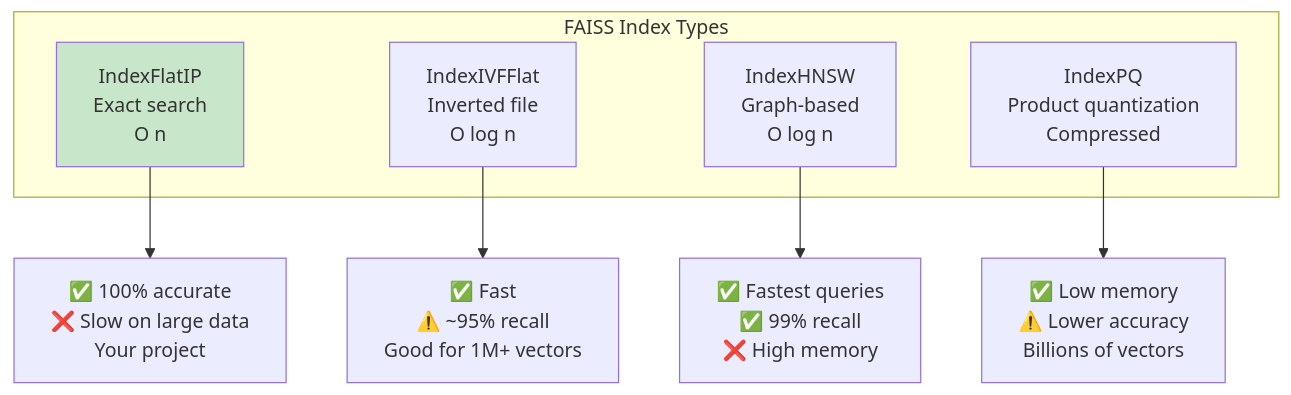
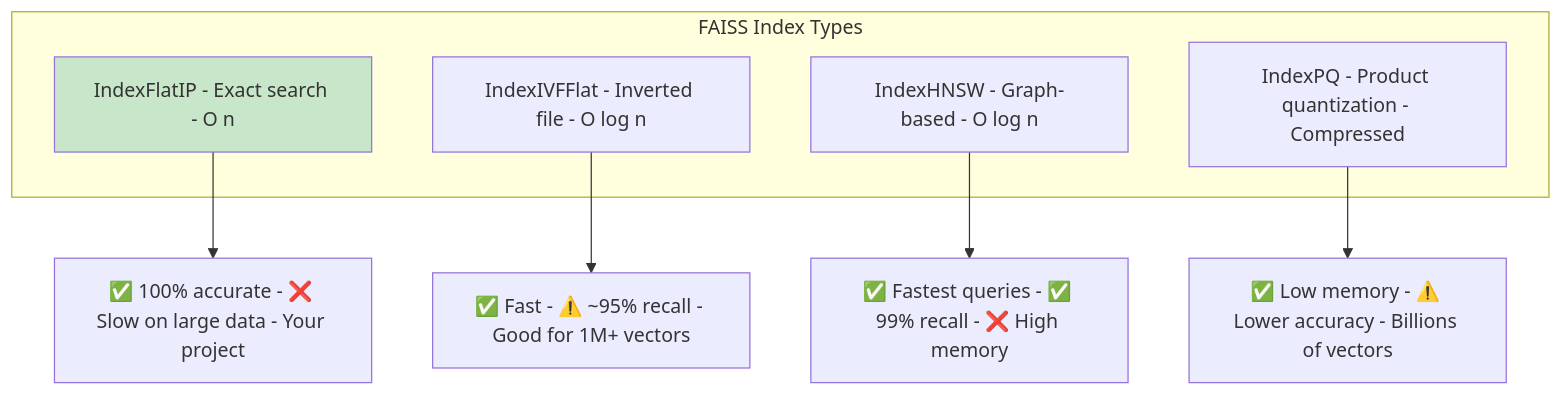
Before and after one commit to indhra/llm_rag_sec_findings: the third of 10 diagrams in docs/learning/04-vector-databases.md, drawn with Mermaid. The commit also changed other lines of this file and 9 other files, not shown here.

````diff
--- a/docs/learning/04-vector-databases.md
+++ b/docs/learning/04-vector-databases.md
@@ -83,16 +83,16 @@
 ```mermaid
 graph TD
     subgraph "FAISS Index Types"
-        FLAT[IndexFlatIP<br/>Exact search<br/>O n]
-        IVF[IndexIVFFlat<br/>Inverted file<br/>O log n]
-        HNSW[IndexHNSW<br/>Graph-based<br/>O log n]
-        PQ[IndexPQ<br/>Product quantization<br/>Compressed]
+        FLAT[IndexFlatIP - Exact search - O n]
+        IVF[IndexIVFFlat - Inverted file - O log n]
+        HNSW[IndexHNSW - Graph-based - O log n]
+        PQ[IndexPQ - Product quantization - Compressed]
     end
     
-    FLAT --> U1[✅ 100% accurate<br/>❌ Slow on large data<br/>Your project]
-    IVF --> U2[✅ Fast<br/>⚠️ ~95% recall<br/>Good for 1M+ vectors]
-    HNSW --> U3[✅ Fastest queries<br/>✅ 99% recall<br/>❌ High memory]
-    PQ --> U4[✅ Low memory<br/>⚠️ Lower accuracy<br/>Billions of vectors]
+    FLAT --> U1[✅ 100% accurate - ❌ Slow on large data - Your project]
+    IVF --> U2[✅ Fast - ⚠️ ~95% recall - Good for 1M+ vectors]
+    HNSW --> U3[✅ Fastest queries - ✅ 99% recall - ❌ High memory]
+    PQ --> U4[✅ Low memory - ⚠️ Lower accuracy - Billions of vectors]
     
     style FLAT fill:#c8e6c9
 ```
````
